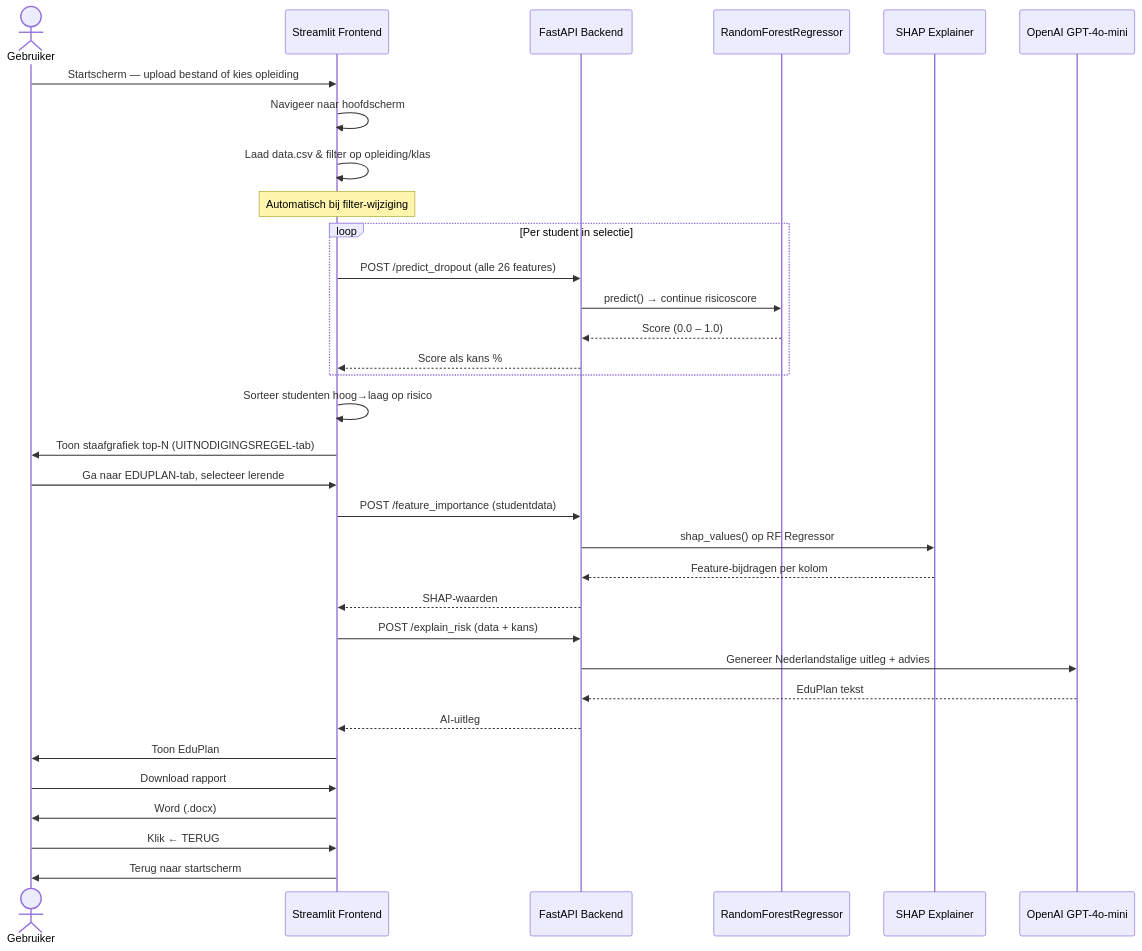
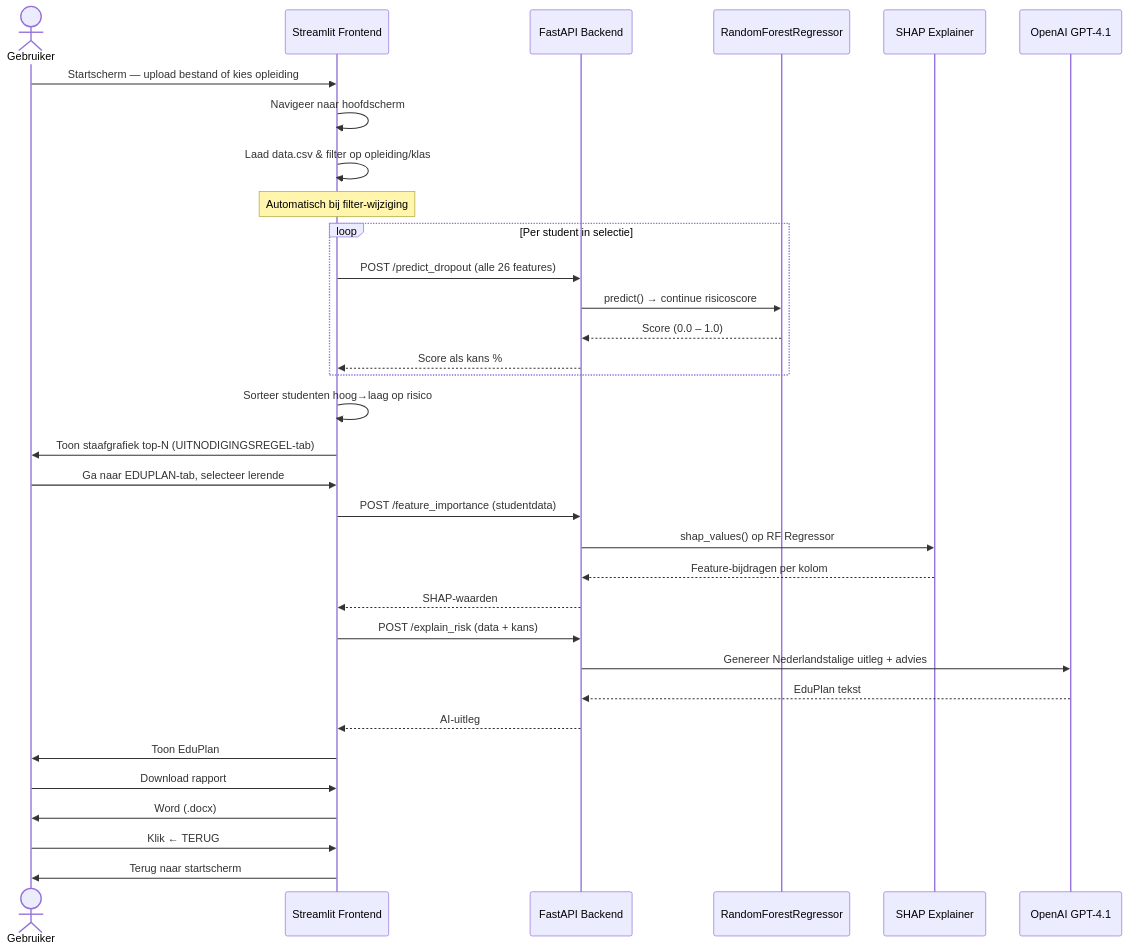
One commit to cedanl/Assistentie changed the second of 2 diagrams in 06_Conceptueel_model_architectuur_en_flow_plus_instructie_code.md. Above: the diagram before and after it, drawn with Mermaid. The commit also changed other lines of this file, not shown here.

Commit message:
Docs: conceptueel model bijgewerkt naar GPT-4.1 en Python 3.13+

````diff
--- a/06_Conceptueel_model_architectuur_en_flow_plus_instructie_code.md
+++ b/06_Conceptueel_model_architectuur_en_flow_plus_instructie_code.md
@@ -200,43 +200,43 @@
 ```mermaid
 sequenceDiagram
     actor Gebruiker
     participant FE as Streamlit Frontend
     participant BE as FastAPI Backend
     participant RF as RandomForestRegressor
     participant SHAP as SHAP Explainer
-    participant GPT as OpenAI GPT-4o-mini
+    participant GPT as OpenAI GPT-4.1
 
     Gebruiker->>FE: Startscherm — upload bestand of kies opleiding
     FE->>FE: Navigeer naar hoofdscherm
 
     FE->>FE: Laad data.csv & filter op opleiding/klas
     note over FE: Automatisch bij filter-wijziging
 
     loop Per student in selectie
         FE->>BE: POST /predict_dropout (alle 26 features)
         BE->>RF: predict() → continue risicoscore
         RF-->>BE: Score (0.0 – 1.0)
         BE-->>FE: Score als kans %
     end
 
     FE->>FE: Sorteer studenten hoog→laag op risico
     FE->>Gebruiker: Toon staafgrafiek top-N (UITNODIGINGSREGEL-tab)
 
     Gebruiker->>FE: Ga naar EDUPLAN-tab, selecteer lerende
     FE->>BE: POST /feature_importance (studentdata)
     BE->>SHAP: shap_values() op RF Regressor
     SHAP-->>BE: Feature-bijdragen per kolom
     BE-->>FE: SHAP-waarden
 
     FE->>BE: POST /explain_risk (data + kans)
     BE->>GPT: Genereer Nederlandstalige uitleg + advies
     GPT-->>BE: EduPlan tekst
     BE-->>FE: AI-uitleg
     FE->>Gebruiker: Toon EduPlan
 
     Gebruiker->>FE: Download rapport
     FE->>Gebruiker: Word (.docx)
 
     Gebruiker->>FE: Klik ← TERUG
     FE->>Gebruiker: Terug naar startscherm
 ```
````
